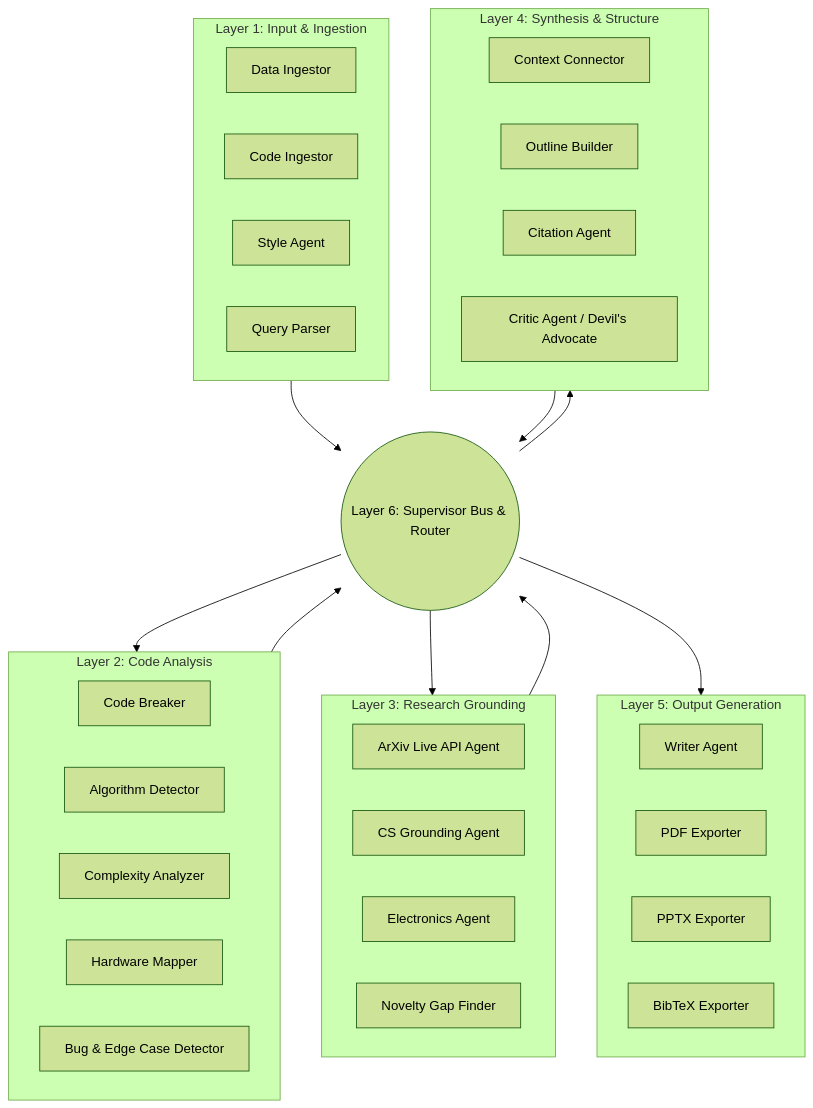
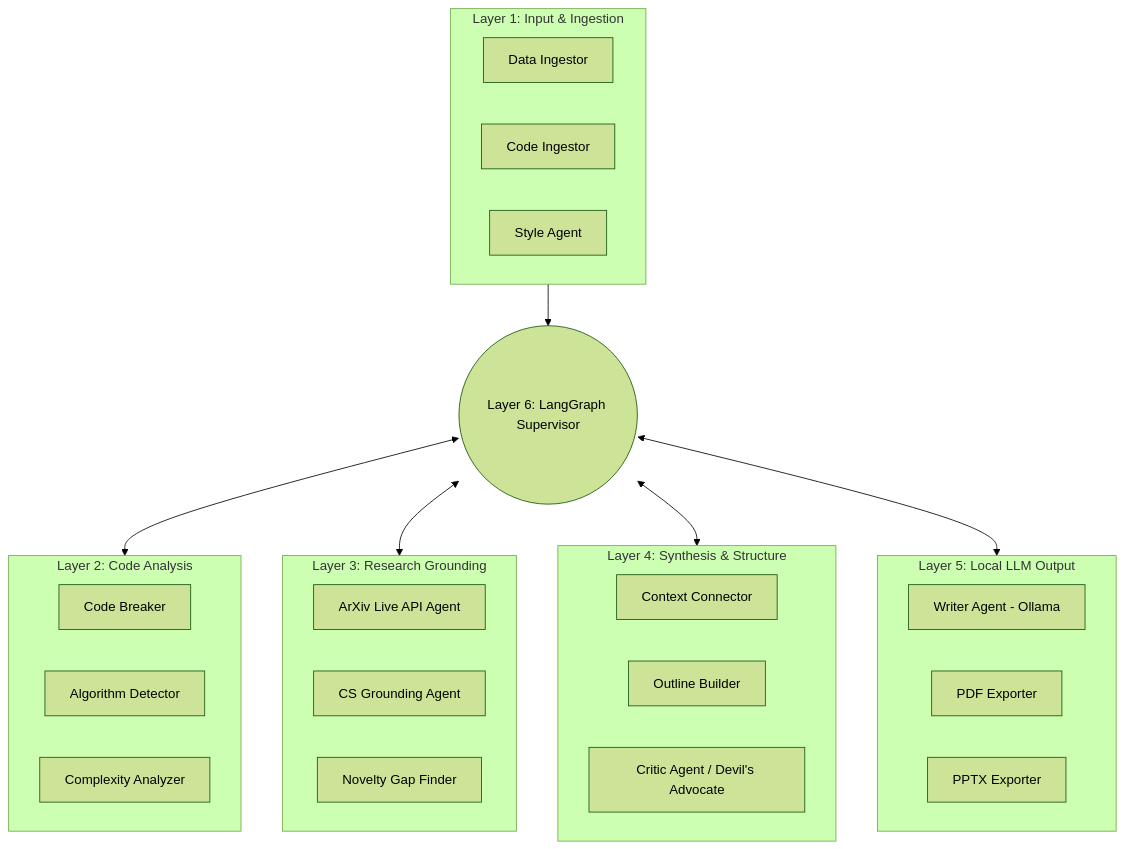
Before and after one commit to rahulkumar-andc/resercher-campanion: the diagram in README.md, drawn with Mermaid (forest theme). The commit also changed other lines of this file, not shown here.

Commit message:
Update README with LangGraph, Ollama, and Neural Dashboards details

````diff
--- a/README.md
+++ b/README.md
@@ -21,49 +23,40 @@
 ```mermaid
 flowchart TD
     subgraph Layer1 [Layer 1: Input & Ingestion]
         DI[Data Ingestor]
         CI[Code Ingestor]
         SA[Style Agent]
-        QP[Query Parser]
     end
 
     subgraph Layer2 [Layer 2: Code Analysis]
         CB[Code Breaker]
         AD[Algorithm Detector]
         CA[Complexity Analyzer]
-        HM[Hardware Mapper]
-        BE[Bug & Edge Case Detector]
     end
 
     subgraph Layer3 [Layer 3: Research Grounding]
         AA[ArXiv Live API Agent]
         CS[CS Grounding Agent]
-        EA[Electronics Agent]
         GF[Novelty Gap Finder]
     end
 
     subgraph Layer4 [Layer 4: Synthesis & Structure]
         CO[Context Connector]
         OB[Outline Builder]
-        CAg[Citation Agent]
         CR[Critic Agent / Devil's Advocate]
     end
 
-    subgraph Layer5 [Layer 5: Output Generation]
-        WA[Writer Agent]
+    subgraph Layer5 [Layer 5: Local LLM Output]
+        WA[Writer Agent - Ollama]
         PA[PDF Exporter]
         PPA[PPTX Exporter]
-        BA[BibTeX Exporter]
     end
 
-    Sup((Layer 6: Supervisor Bus & Router))
+    Sup((Layer 6: LangGraph Supervisor))
 
     Layer1 --> Sup
-    Sup --> Layer2
-    Layer2 --> Sup
-    Sup --> Layer3
-    Layer3 --> Sup
-    Sup --> Layer4
-    Layer4 --> Sup
-    Sup --> Layer5
+    Sup <--> Layer2
+    Sup <--> Layer3
+    Sup <--> Layer4
+    Sup <--> Layer5
 ```
````
